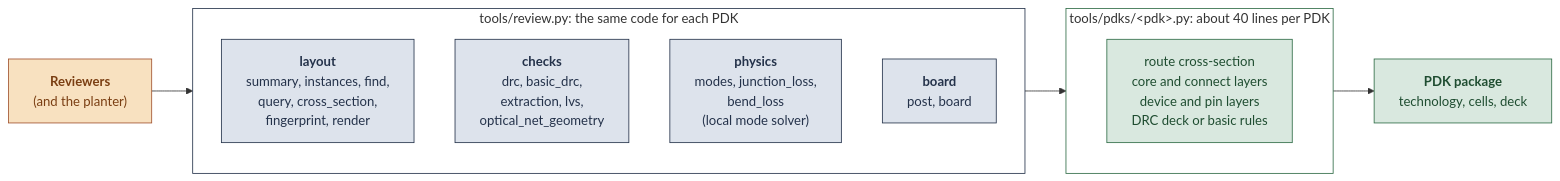
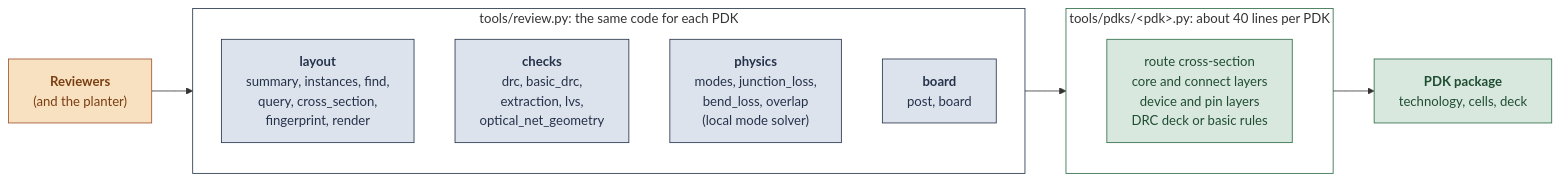
Before and after one commit to flexcompute/autophotonicdesign: the second of 3 diagrams in needle_in_a_haystack/README.md, drawn with Mermaid. The commit also changed other lines of this file and 2 other files, not shown here.

First line of the commit message:
needle_in_a_haystack: tools in plain words, mode_fields and overlap

````diff
--- a/needle_in_a_haystack/README.md
+++ b/needle_in_a_haystack/README.md
@@ -64,27 +64,27 @@
 ```mermaid
 flowchart LR
     A["<b>Reviewers</b><br/>(and the planter)"]
     subgraph L["tools/review.py: the same code for each PDK"]
         direction TB
         L1["<b>layout</b><br/>summary, instances, find,<br/>query, cross_section,<br/>fingerprint, render"]
         L2["<b>checks</b><br/>drc, basic_drc,<br/>extraction, lvs,<br/>optical_net_geometry"]
-        L3["<b>physics</b><br/>modes, junction_loss,<br/>bend_loss<br/>(local mode solver)"]
+        L3["<b>physics</b><br/>modes, junction_loss,<br/>bend_loss, overlap<br/>(local mode solver)"]
         L4["<b>board</b><br/>post, board"]
     end
     subgraph D["tools/pdks/&lt;pdk&gt;.py: about 40 lines per PDK"]
         D1["route cross-section<br/>core and connect layers<br/>device and pin layers<br/>DRC deck or basic rules"]
     end
     K["<b>PDK package</b><br/>technology, cells, deck"]
     A --> L
     L --> D
     D --> K
 
     classDef team fill:#F8E1C0,stroke:#A0522D,color:#7A3E12
     classDef box fill:#DDE3EC,stroke:#24324A,color:#24324A
     classDef pdk fill:#D9E8DF,stroke:#2E6B45,color:#1F4D31
     class A team
     class L1,L2,L3,L4 box
     class D1,K pdk
     style L fill:#FFFFFF,stroke:#24324A
     style D fill:#FFFFFF,stroke:#2E6B45
 ```
````
